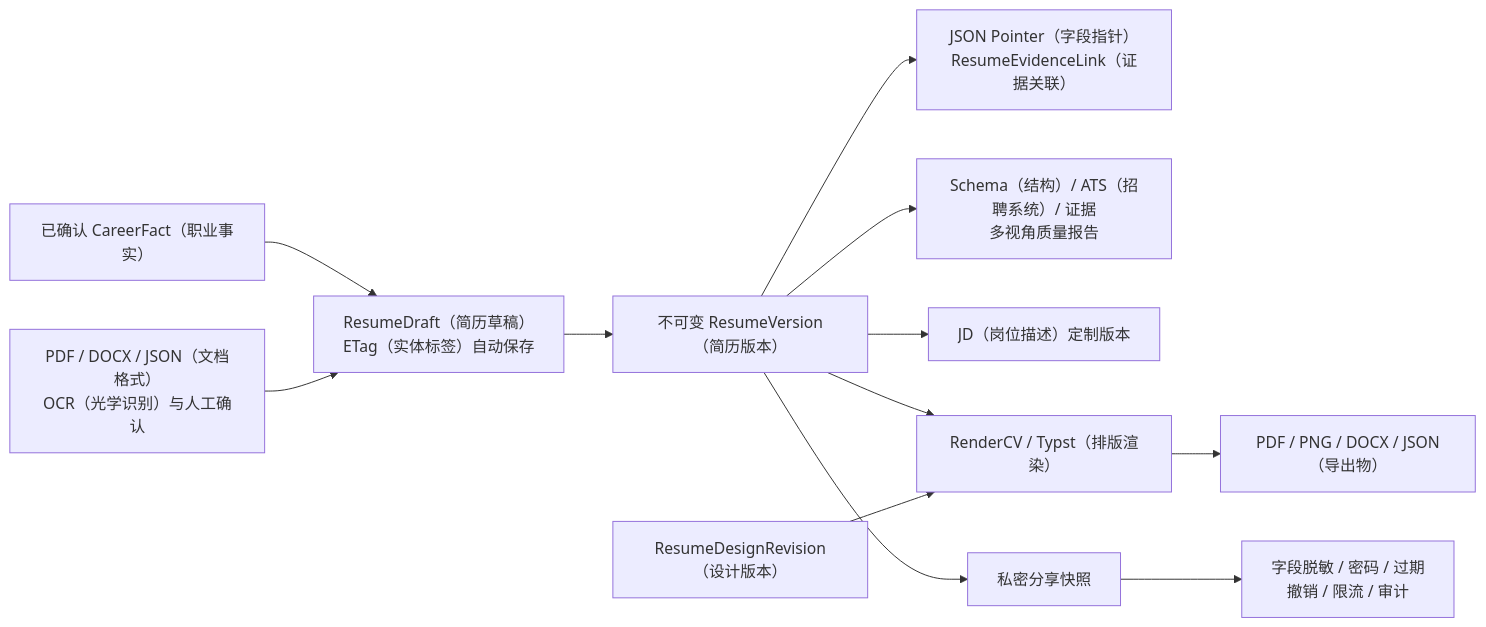
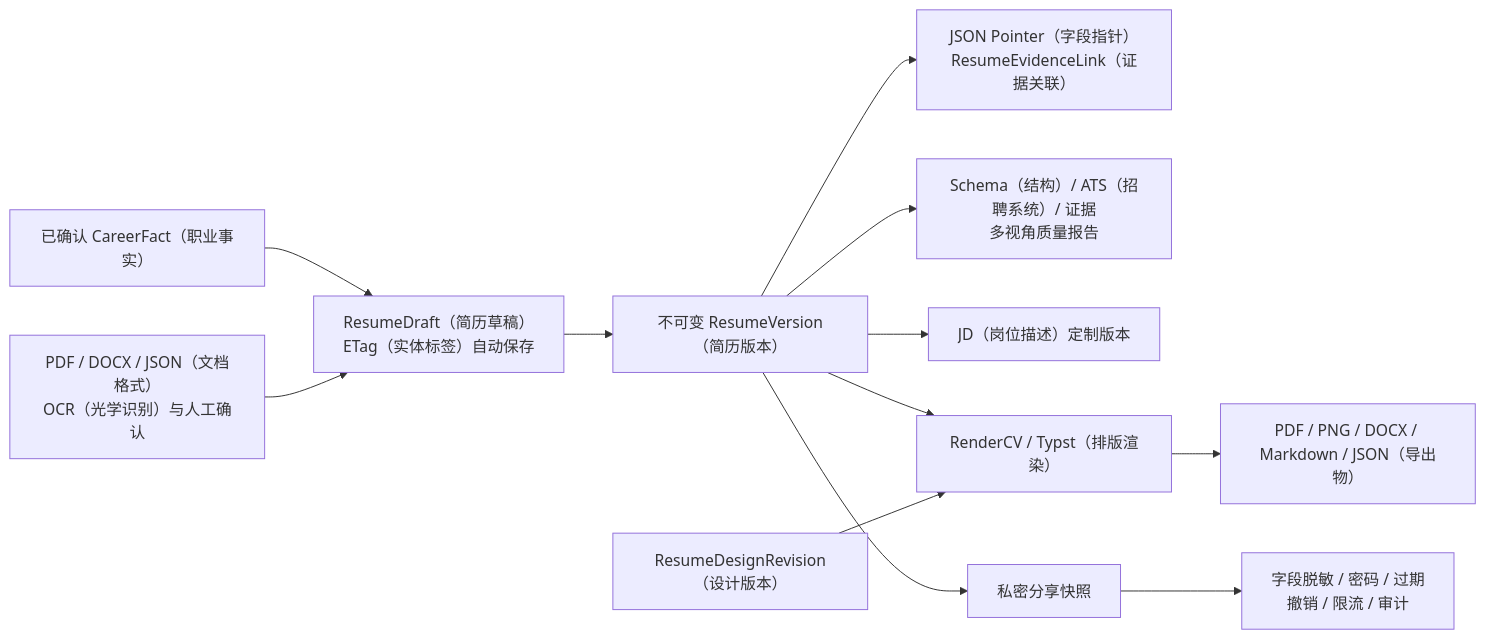
The second of 6 diagrams in README.md (6Asmile/AI_interview), drawn with Mermaid before and after one commit. The commit also changed other lines of this file and 69 other files, not shown here.

````diff
--- a/README.md
+++ b/README.md
@@ -70,14 +70,14 @@
 ```mermaid
 flowchart LR
     FACT["已确认 CareerFact（职业事实）"] --> DRAFT["ResumeDraft（简历草稿）<br/>ETag（实体标签）自动保存"]
     IMPORT["PDF / DOCX / JSON（文档格式）<br/>OCR（光学识别）与人工确认"] --> DRAFT
     DRAFT --> VERSION["不可变 ResumeVersion（简历版本）"]
     VERSION --> EVIDENCE["JSON Pointer（字段指针）<br/>ResumeEvidenceLink（证据关联）"]
     VERSION --> QUALITY["Schema（结构）/ ATS（招聘系统）/ 证据<br/>多视角质量报告"]
     VERSION --> VARIANT["JD（岗位描述）定制版本"]
     VERSION --> RENDER["RenderCV / Typst（排版渲染）"]
     DESIGN["ResumeDesignRevision（设计版本）"] --> RENDER
-    RENDER --> ARTIFACT["PDF / PNG / DOCX / JSON（导出物）"]
+    RENDER --> ARTIFACT["PDF / PNG / DOCX / Markdown / JSON（导出物）"]
     VERSION --> SHARE["私密分享快照"]
     SHARE --> REDACT["字段脱敏 / 密码 / 过期<br/>撤销 / 限流 / 审计"]
 ```
````
